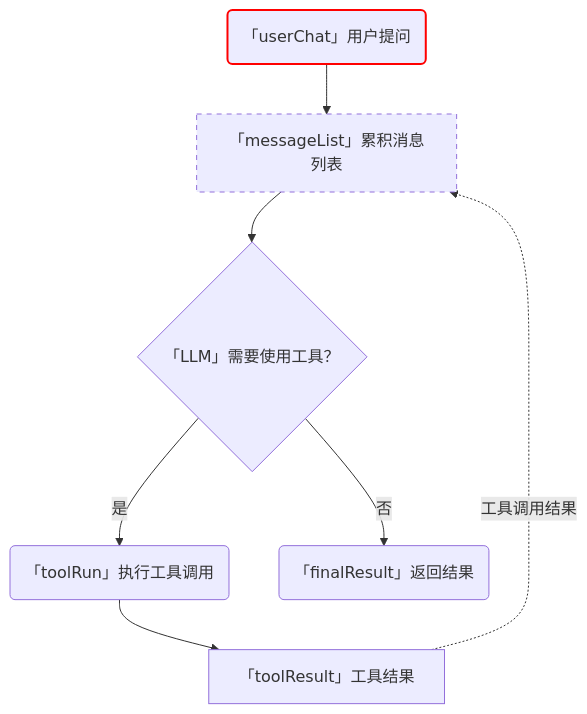
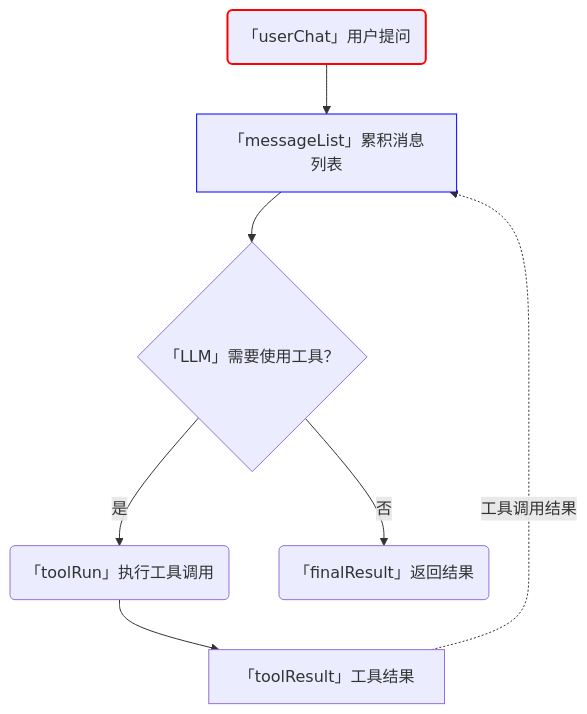
The diagram in 2026/20260904-learnClaudeCode_001_agent循环.md (zjinc36/zjinc36.github.io), drawn with Mermaid before and after one commit. The commit also changed 6 other files, not shown here.

````diff
--- a/2026/20260904-learnClaudeCode_001_agent循环.md
+++ b/2026/20260904-learnClaudeCode_001_agent循环.md
@@ -3,20 +3,22 @@
 ```mermaid
 flowchart TD
     userChat@{shape: rounded, label: "「userChat」用户提问"}
     LLM@{shape: diamond, label: "「LLM」需要使用工具？" }
     toolRun@{shape: rounded, label: "「toolRun」执行工具调用"}
     finalResult@{shape: rounded, label: "「finalResult」返回结果"}
     messageList@{shape: rect, label: "「messageList」累积消息列表"}
     toolResult@{shape: rect, label: "「toolResult」工具结果"}
 
     userChat --> messageList
     LLM -->|是| toolRun
     LLM -->|否| finalResult
     toolRun --> toolResult
     toolResult -.->|工具调用结果| messageList
     messageList --> LLM
 
     style userChat stroke:#ff0000, stroke-width:2px
-    messageList:::dashedNode
-    classDef dashedNode stroke-dasharray: 5 5
+
+    messageList:::blueStrokeColor
+
+    classDef blueStrokeColor stroke:#0000ff
 ```
````
